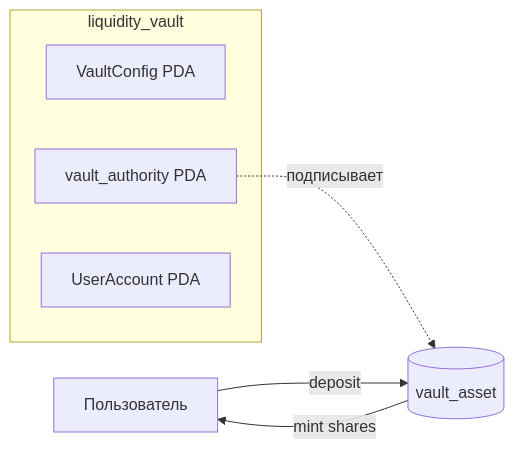
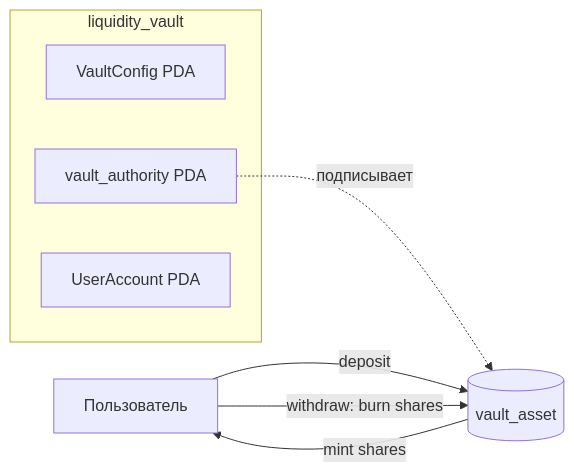
One commit to wvri/solana-course changed the diagram in liquidity-vault/README.md. Above: the diagram before and after it, drawn with Mermaid. The commit also changed other lines of this file and 9 other files, not shown here.

````diff
--- a/liquidity-vault/README.md
+++ b/liquidity-vault/README.md
@@ -5,11 +5,12 @@
 ```mermaid
 flowchart LR
     U[Пользователь] -- deposit --> V[(vault_asset)]
     V -- mint shares --> U
+    U -- withdraw: burn shares --> V
     subgraph Program[liquidity_vault]
         C[VaultConfig PDA]
         A[vault_authority PDA]
         UA[UserAccount PDA]
     end
     A -. подписывает .-> V
 ```
````
